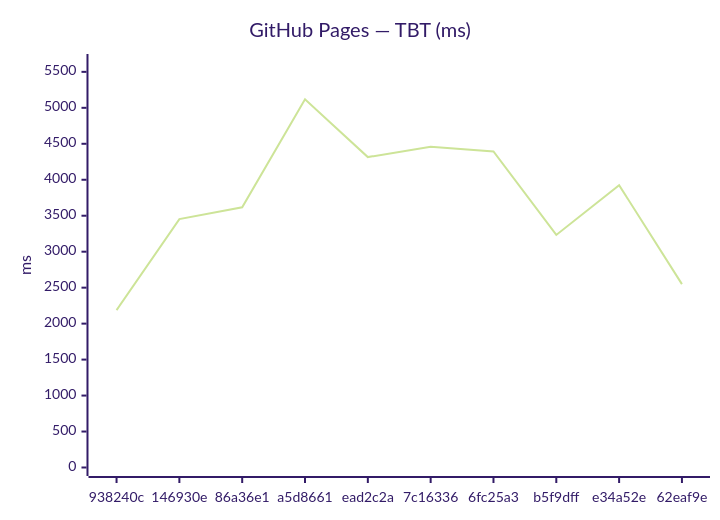
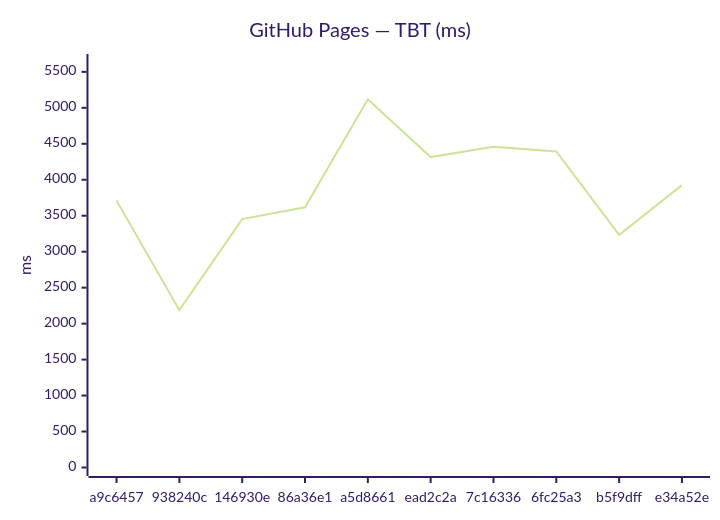
One commit to Metaheurist/Rianell changed the fourth of 12 diagrams in benchmarks/compare.md. Above: the diagram before and after it, drawn with Mermaid (forest theme). The commit also changed other lines of this file and 8 other files, not shown here.

````diff
--- a/benchmarks/compare.md
+++ b/benchmarks/compare.md
@@ -61,7 +61,7 @@
 ```mermaid
 xychart-beta
     title "GitHub Pages — TBT (ms)"
-    x-axis ["938240c", "146930e", "86a36e1", "a5d8661", "ead2c2a", "7c16336", "6fc25a3", "b5f9dff", "e34a52e", "62eaf9e"]
+    x-axis ["a9c6457", "938240c", "146930e", "86a36e1", "a5d8661", "ead2c2a", "7c16336", "6fc25a3", "b5f9dff", "e34a52e"]
     y-axis "ms" 0 --> 5630
-    line [2187, 3453, 3617, 5118, 4315, 4460, 4393, 3233, 3925, 2549]
+    line [3713, 2187, 3453, 3617, 5118, 4315, 4460, 4393, 3233, 3925]
 ```
````
